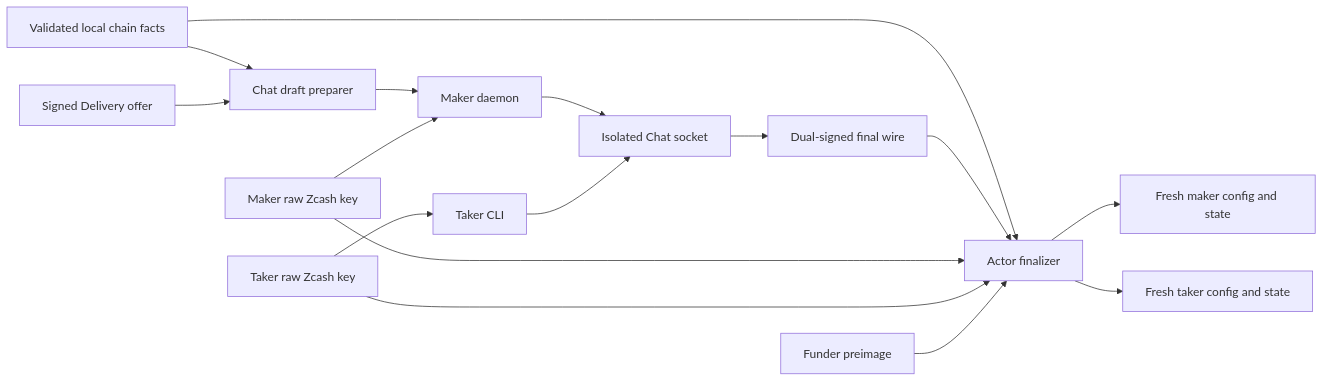
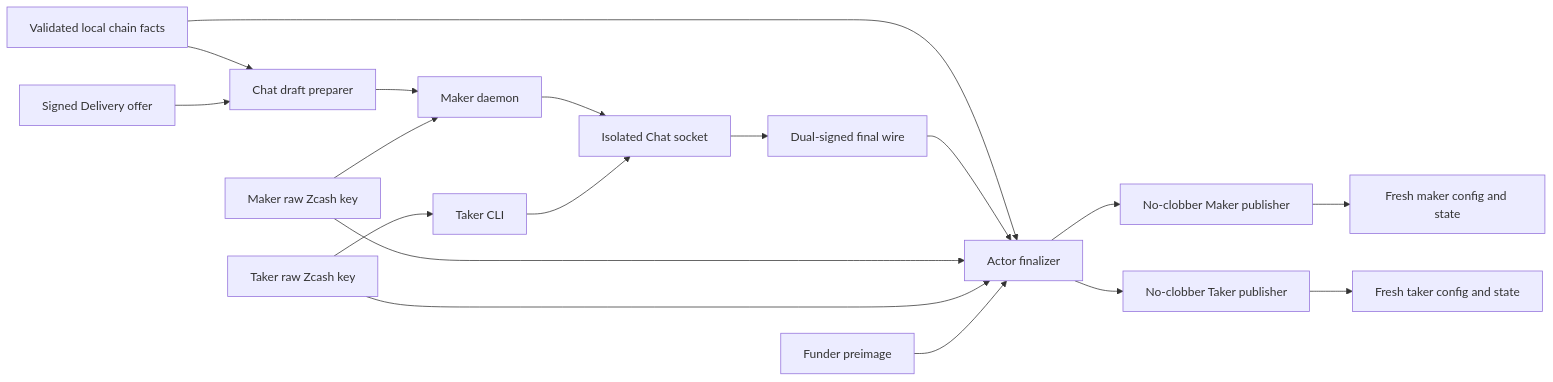
Before and after one commit to gateway-fm/lez-atomic-swaps: the first of 2 diagrams in docs/architecture/0093-rebind-chat-agreements-into-fresh-actors.md, drawn with Mermaid. The commit also changed other lines of this file and 6 other files, not shown here.

````diff
--- a/docs/architecture/0093-rebind-chat-agreements-into-fresh-actors.md
+++ b/docs/architecture/0093-rebind-chat-agreements-into-fresh-actors.md
@@ -42,18 +50,20 @@
 ```mermaid
 flowchart LR
     Template[Validated local chain facts] --> Draft[Chat draft preparer]
     Delivery[Signed Delivery offer] --> Draft
     Draft --> Maker[Maker daemon]
     MakerKey[Maker raw Zcash key] --> Maker
     TakerKey[Taker raw Zcash key] --> Taker[Taker CLI]
     Maker --> Chat[Isolated Chat socket]
     Taker --> Chat
     Chat --> Final[Dual-signed final wire]
     Template --> Bind[Actor finalizer]
     Final --> Bind
     MakerKey --> Bind
     TakerKey --> Bind
     Preimage[Funder preimage] --> Bind
-    Bind --> MakerActor[Fresh maker config and state]
-    Bind --> TakerActor[Fresh taker config and state]
+    Bind --> MakerPub[No-clobber Maker publisher]
+    Bind --> TakerPub[No-clobber Taker publisher]
+    MakerPub --> MakerActor[Fresh maker config and state]
+    TakerPub --> TakerActor[Fresh taker config and state]
 ```
````
